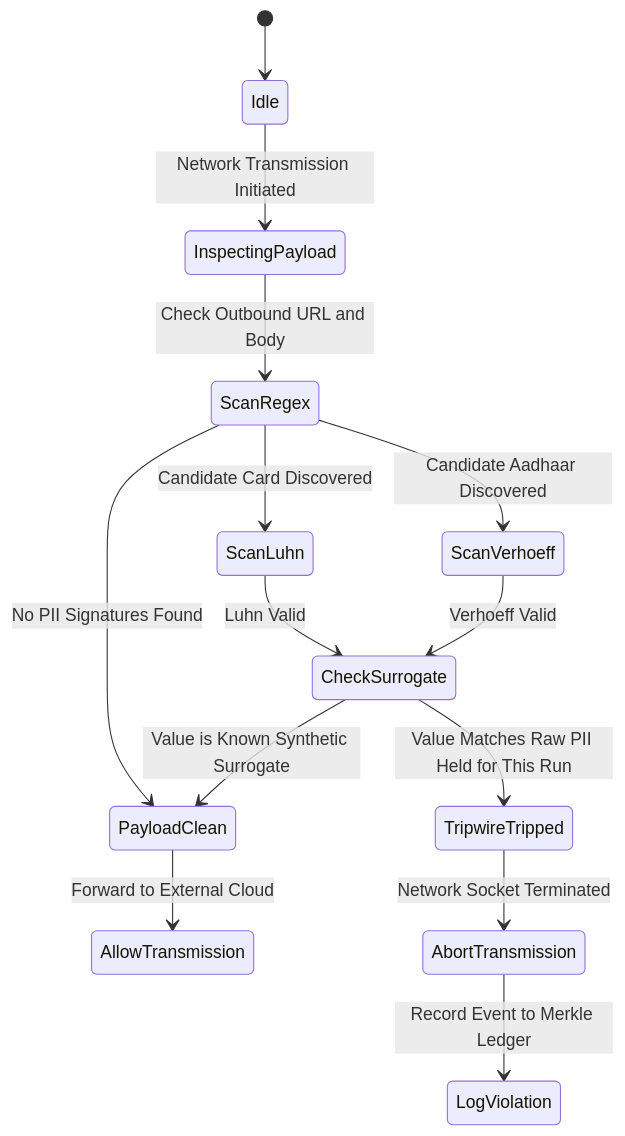
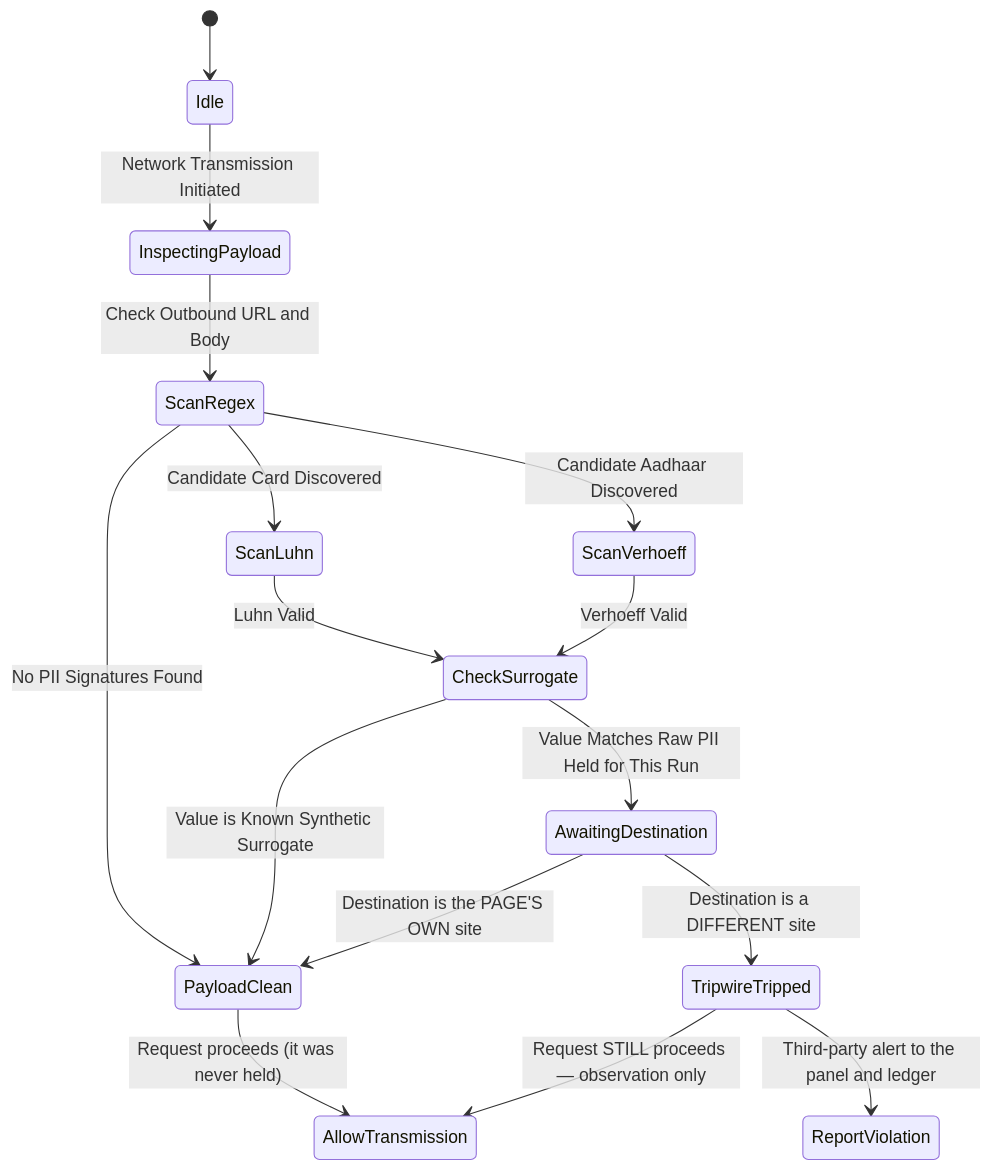
One commit to shashank-tomar0/pry changed the fourth of 4 diagrams in README.md. Above: the diagram before and after it, drawn with Mermaid. The commit also changed other lines of this file and 39 other files, not shown here.

First line of the commit message:
fix: report what the pipeline did, and never show a model failure as an answer

````diff
--- a/README.md
+++ b/README.md
@@ -389,19 +421,22 @@
 ```mermaid
 stateDiagram-v2
     [*] --> Idle
     Idle --> InspectingPayload: Network Transmission Initiated
     InspectingPayload --> ScanRegex: Check Outbound URL and Body
     ScanRegex --> ScanLuhn: Candidate Card Discovered
     ScanRegex --> ScanVerhoeff: Candidate Aadhaar Discovered
     ScanRegex --> PayloadClean: No PII Signatures Found
 
     ScanLuhn --> CheckSurrogate: Luhn Valid
     ScanVerhoeff --> CheckSurrogate: Verhoeff Valid
 
     CheckSurrogate --> PayloadClean: Value is Known Synthetic Surrogate
-    CheckSurrogate --> TripwireTripped: Value Matches Raw PII Held for This Run
+    CheckSurrogate --> AwaitingDestination: Value Matches Raw PII Held for This Run
 
-    PayloadClean --> AllowTransmission: Forward to External Cloud
-    TripwireTripped --> AbortTransmission: Network Socket Terminated
-    AbortTransmission --> LogViolation: Record Event to Merkle Ledger
+    AwaitingDestination --> PayloadClean: Destination is the PAGE'S OWN site
+    AwaitingDestination --> TripwireTripped: Destination is a DIFFERENT site
+
+    PayloadClean --> AllowTransmission: Request proceeds (it was never held)
+    TripwireTripped --> AllowTransmission: Request STILL proceeds — observation only
+    TripwireTripped --> ReportViolation: Third-party alert to the panel and ledger
 ```
````
